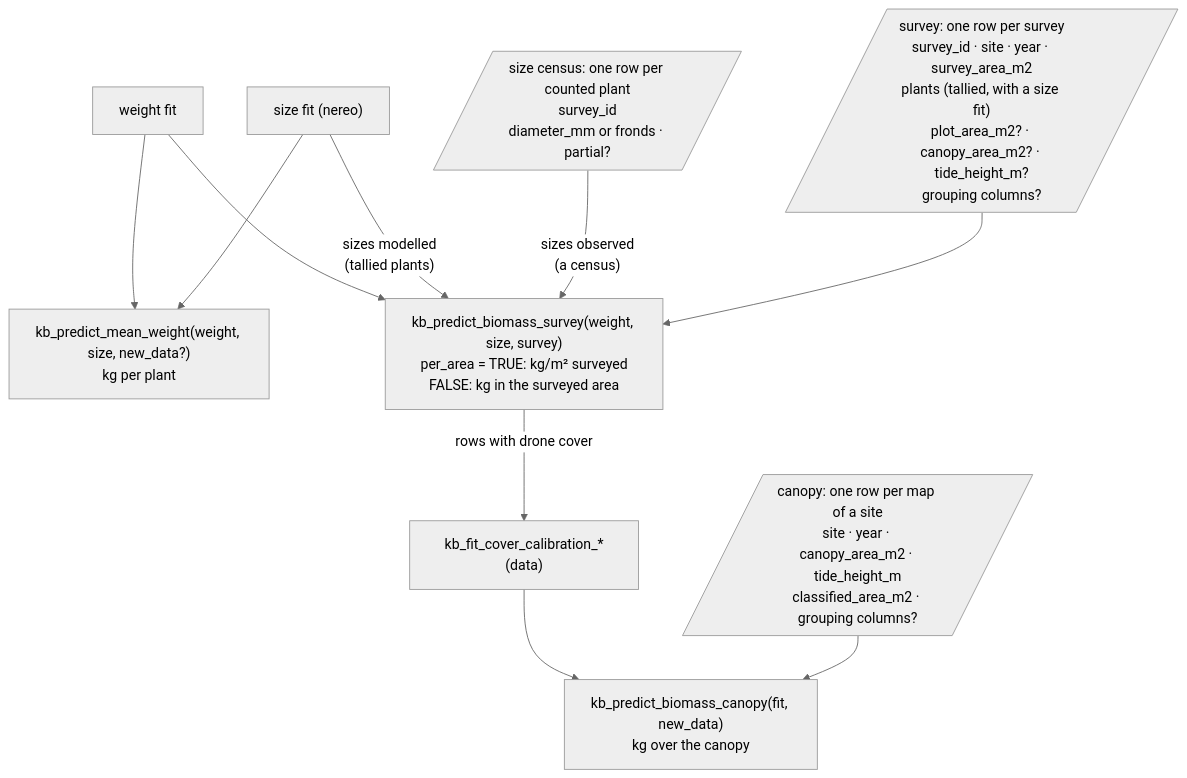
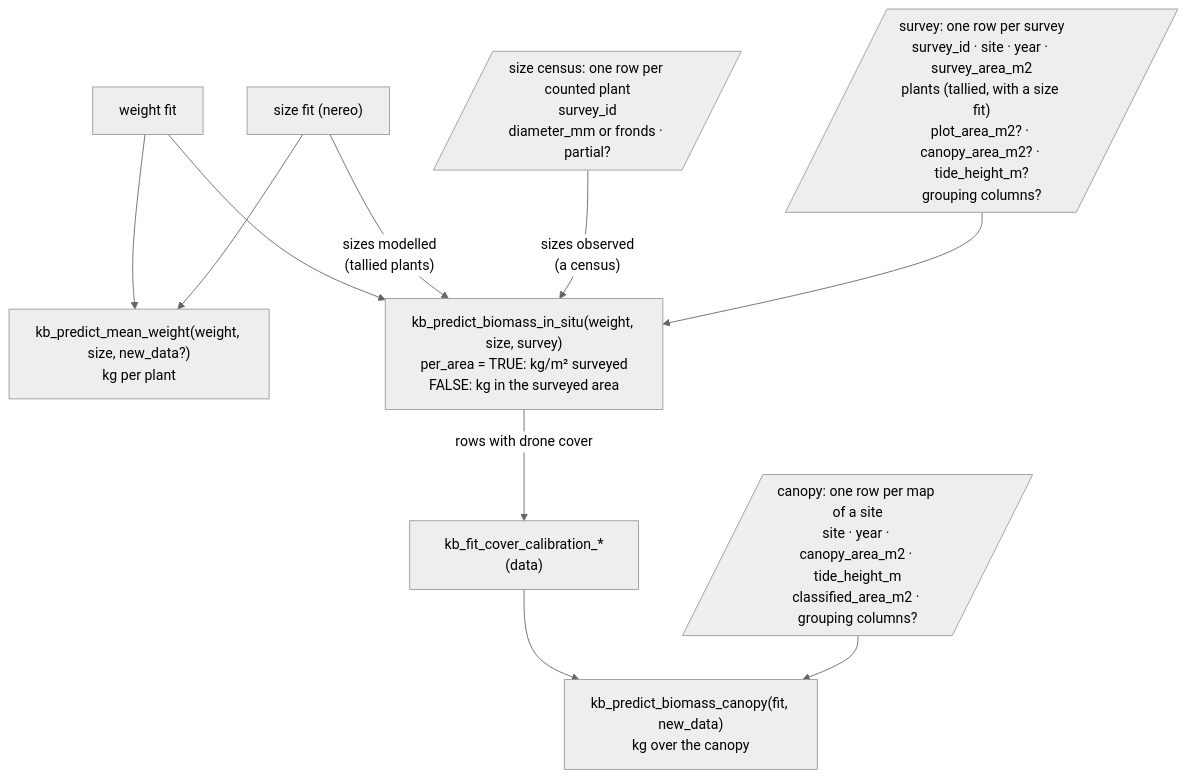
Before and after one commit to HakaiInstitute/kelpbio: the second of 3 diagrams in decisions/architecture.md, drawn with Mermaid (neutral theme). The commit also changed other lines of this file and 132 other files, not shown here.

First line of the commit message:
Rename the survey functions and data to in situ

````diff
--- a/decisions/architecture.md
+++ b/decisions/architecture.md
@@ -47,12 +47,12 @@
 ```mermaid
 flowchart TB
     FW["weight fit"] --> VMW
     FS["size fit (nereo)"] --> VMW["kb_predict_mean_weight(weight, size, new_data?)<br/>kg per plant"]
     FW --> VBP
     FS -->|"sizes modelled<br/>(tallied plants)"| VBP
     DPL[/"size census: one row per counted plant<br/>survey_id<br/>diameter_mm or fronds · partial?"/] -->|"sizes observed<br/>(a census)"| VBP
-    DSU[/"survey: one row per survey<br/>survey_id · site · year · survey_area_m2<br/>plants (tallied, with a size fit)<br/>plot_area_m2? · canopy_area_m2? · tide_height_m?<br/>grouping columns?"/] --> VBP["kb_predict_biomass_survey(weight, size, survey)<br/>per_area = TRUE: kg/m² surveyed<br/>FALSE: kg in the surveyed area"]
+    DSU[/"survey: one row per survey<br/>survey_id · site · year · survey_area_m2<br/>plants (tallied, with a size fit)<br/>plot_area_m2? · canopy_area_m2? · tide_height_m?<br/>grouping columns?"/] --> VBP["kb_predict_biomass_in_situ(weight, size, survey)<br/>per_area = TRUE: kg/m² surveyed<br/>FALSE: kg in the surveyed area"]
     VBP -->|"rows with drone cover"| FCC["kb_fit_cover_calibration_*(data)"]
     FCC --> VCA["kb_predict_biomass_canopy(fit, new_data)<br/>kg over the canopy"]
     DCA[/"canopy: one row per map of a site<br/>site · year · canopy_area_m2 · tide_height_m<br/>classified_area_m2 · grouping columns?"/] --> VCA
 ```
````
